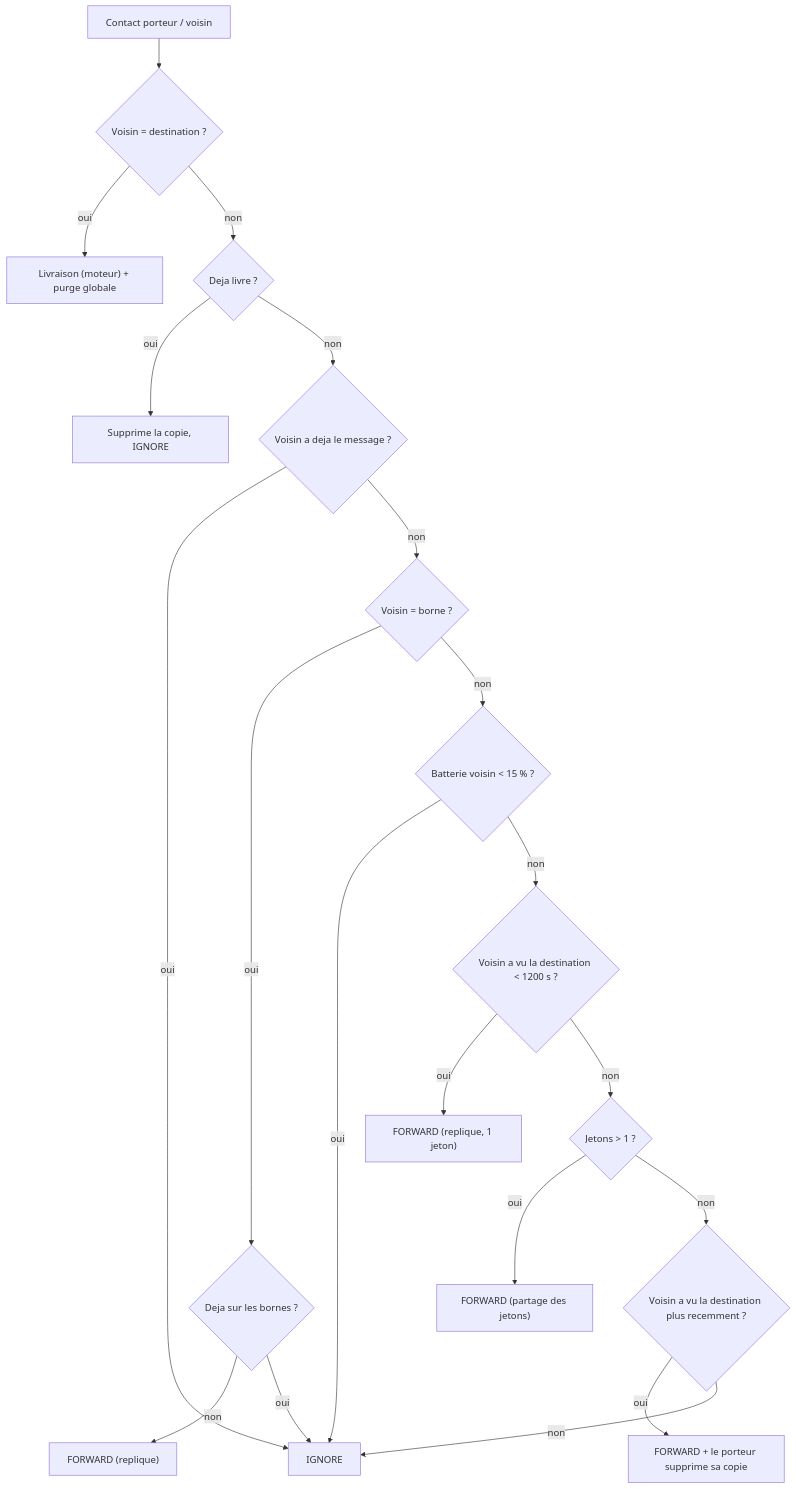
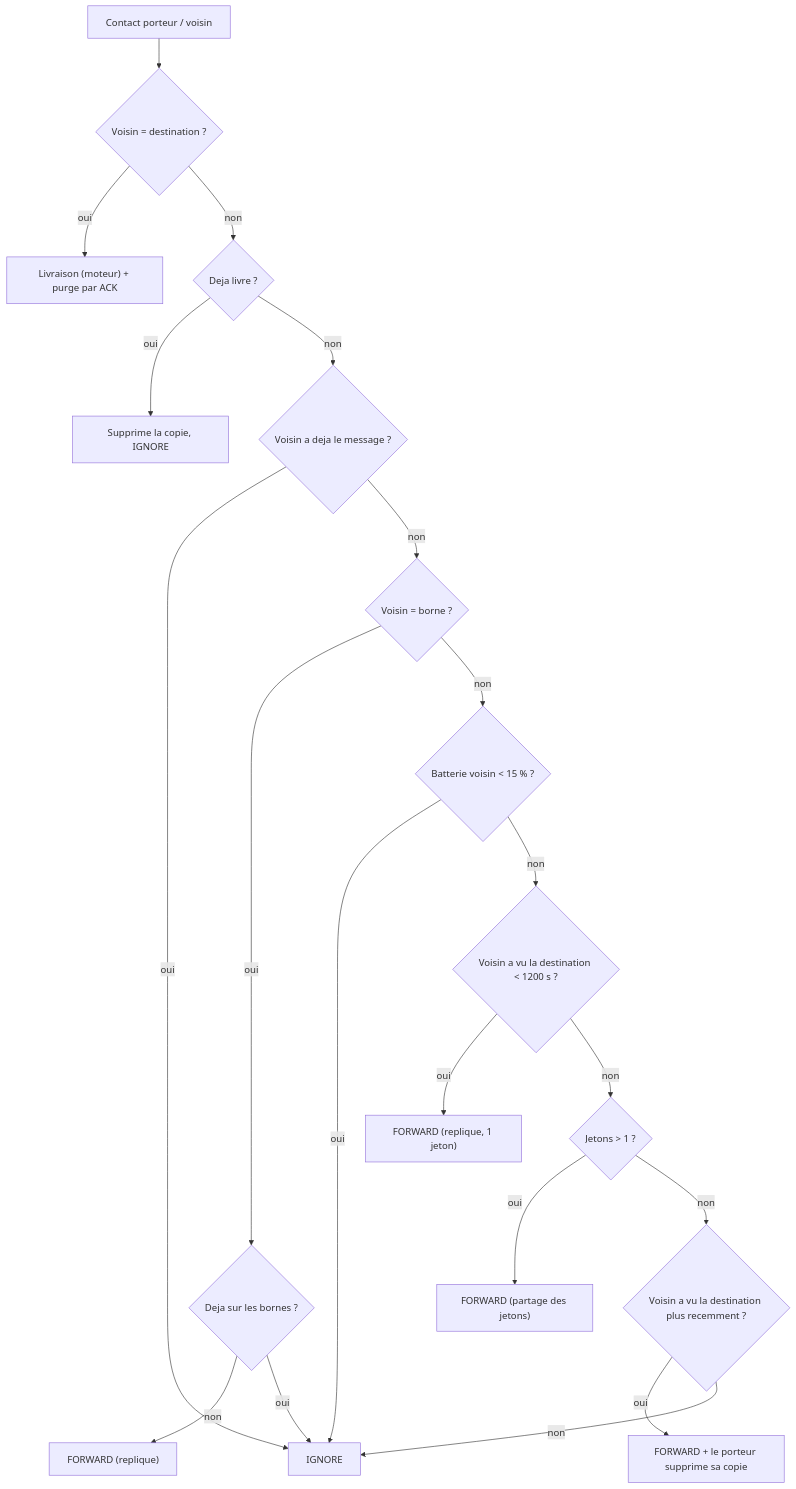
The diagram in docs/algorithmes/fresh_spray.md (NICE-CINE/simuation-test), drawn with Mermaid before and after one commit. The commit also changed other lines of this file and 44 other files, not shown here.

````diff
--- a/docs/algorithmes/fresh_spray.md
+++ b/docs/algorithmes/fresh_spray.md
@@ -28,22 +29,22 @@
 ```mermaid
 flowchart TD
     A["Contact porteur / voisin"] --> B{"Voisin = destination ?"}
-    B -- oui --> L["Livraison (moteur) + purge globale"]
+    B -- oui --> L["Livraison (moteur) + purge par ACK"]
     B -- non --> P{"Deja livre ?"}
     P -- oui --> X["Supprime la copie, IGNORE"]
     P -- non --> C{"Voisin a deja le message ?"}
     C -- oui --> I["IGNORE"]
     C -- non --> BE{"Voisin = borne ?"}
     BE -- oui --> BO{"Deja sur les bornes ?"}
     BO -- non --> FB["FORWARD (replique)"]
     BO -- oui --> I
     BE -- non --> BAT{"Batterie voisin < 15 % ?"}
     BAT -- oui --> I
     BAT -- non --> M{"Voisin a vu la destination < 1200 s ?"}
     M -- oui --> FM["FORWARD (replique, 1 jeton)"]
     M -- non --> T{"Jetons > 1 ?"}
     T -- oui --> FS["FORWARD (partage des jetons)"]
     T -- non --> FR{"Voisin a vu la destination plus recemment ?"}
     FR -- oui --> FF["FORWARD + le porteur supprime sa copie"]
     FR -- non --> I
 ```
````
